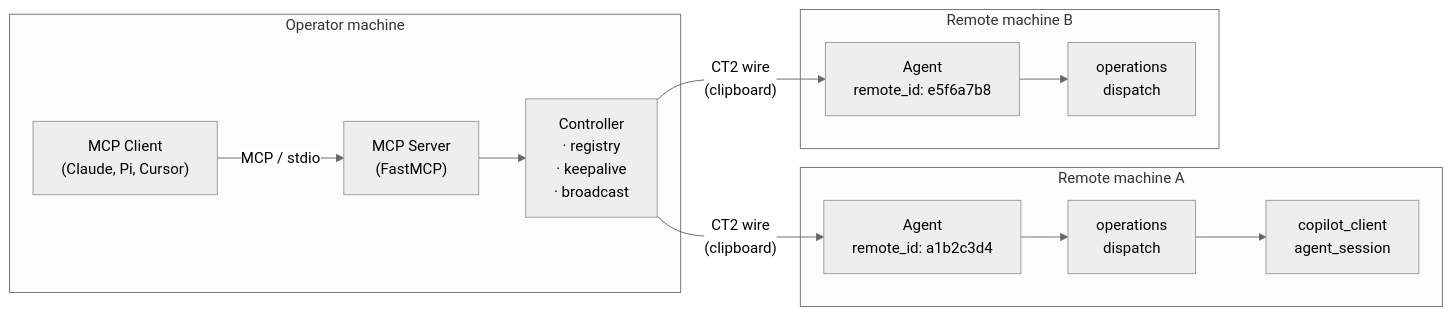
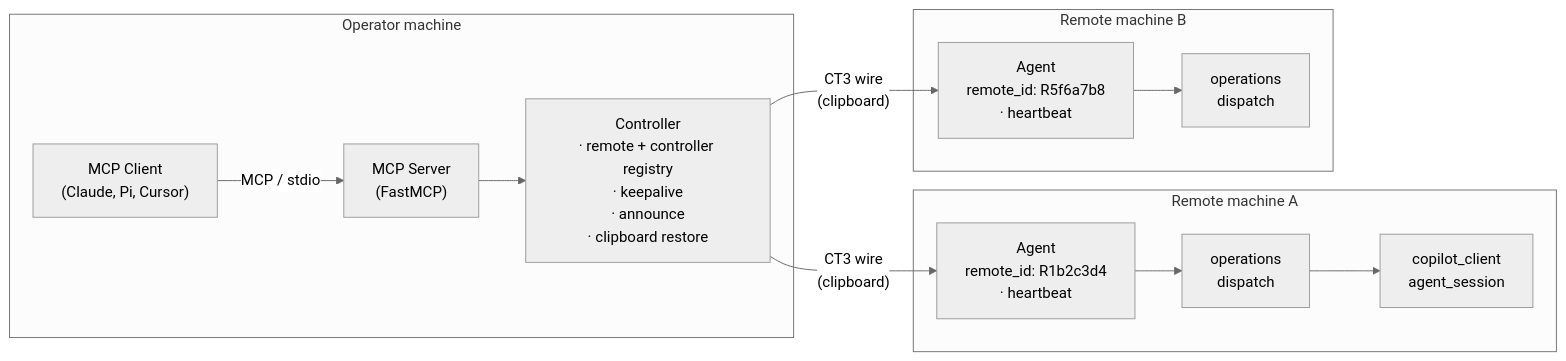
One commit to jordi-murgo/cliptunnel-mcp changed the first of 4 diagrams in README.md. Above: the diagram before and after it, drawn with Mermaid (neutral theme). The commit also changed other lines of this file and 13 other files, not shown here.

Commit message:
feat: CT3 protocol v0.7.0 — heartbeat, clipboard preservation, multi-controller

````diff
--- a/README.md
+++ b/README.md
@@ -20,27 +20,27 @@
 ```mermaid
 graph LR
     subgraph Operator["Operator machine"]
         Client["MCP Client<br/>(Claude, Pi, Cursor)"]
         Server["MCP Server<br/>(FastMCP)"]
-        Controller["Controller<br/>· registry<br/>· keepalive<br/>· broadcast"]
+        Controller["Controller<br/>· remote + controller registry<br/>· keepalive<br/>· announce<br/>· clipboard restore"]
         Client -- "MCP / stdio" --> Server
         Server --> Controller
     end
 
     subgraph Remote1["Remote machine A"]
-        Agent1["Agent<br/>remote_id: a1b2c3d4"]
+        Agent1["Agent<br/>remote_id: R1b2c3d4<br/>· heartbeat"]
         Ops1["operations<br/>dispatch"]
         Copilot1["copilot_client<br/>agent_session"]
         Agent1 --> Ops1
         Ops1 --> Copilot1
     end
 
     subgraph Remote2["Remote machine B"]
-        Agent2["Agent<br/>remote_id: e5f6a7b8"]
+        Agent2["Agent<br/>remote_id: R5f6a7b8<br/>· heartbeat"]
         Ops2["operations<br/>dispatch"]
         Agent2 --> Ops2
     end
 
-    Controller -- "CT2 wire<br/>(clipboard)" --> Agent1
-    Controller -- "CT2 wire<br/>(clipboard)" --> Agent2
+    Controller -- "CT3 wire<br/>(clipboard)" --> Agent1
+    Controller -- "CT3 wire<br/>(clipboard)" --> Agent2
 ```
````
